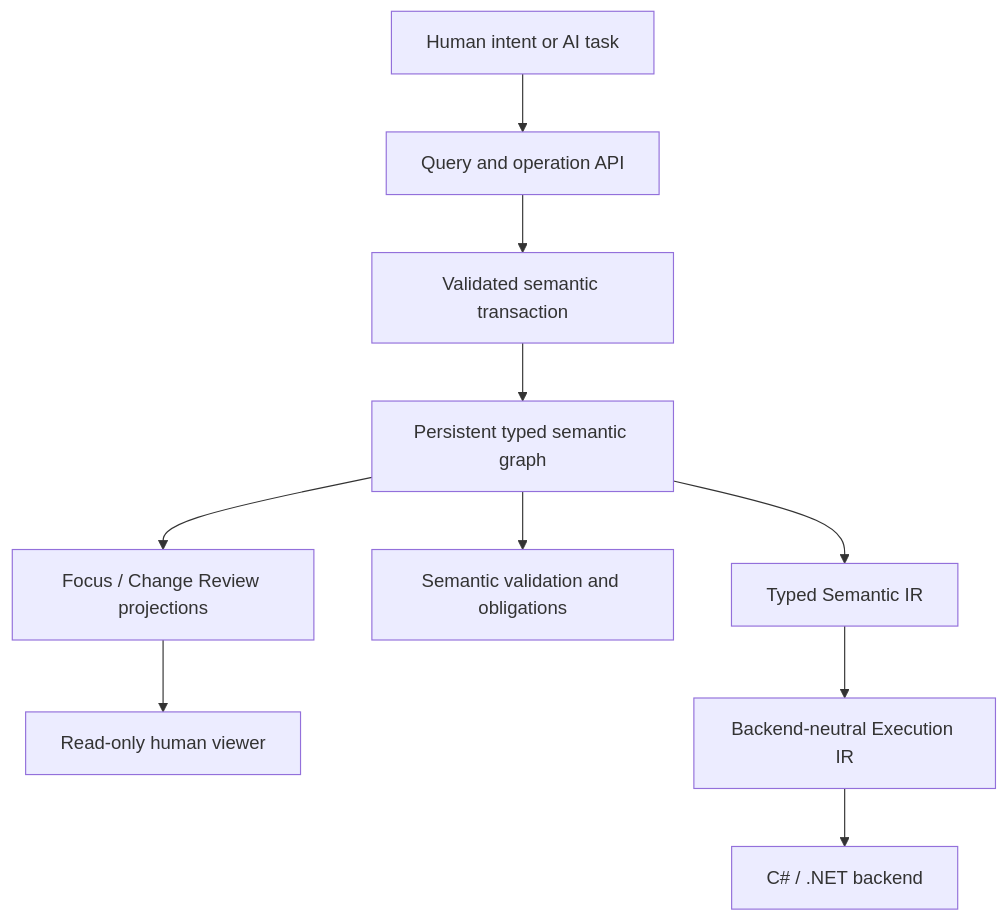
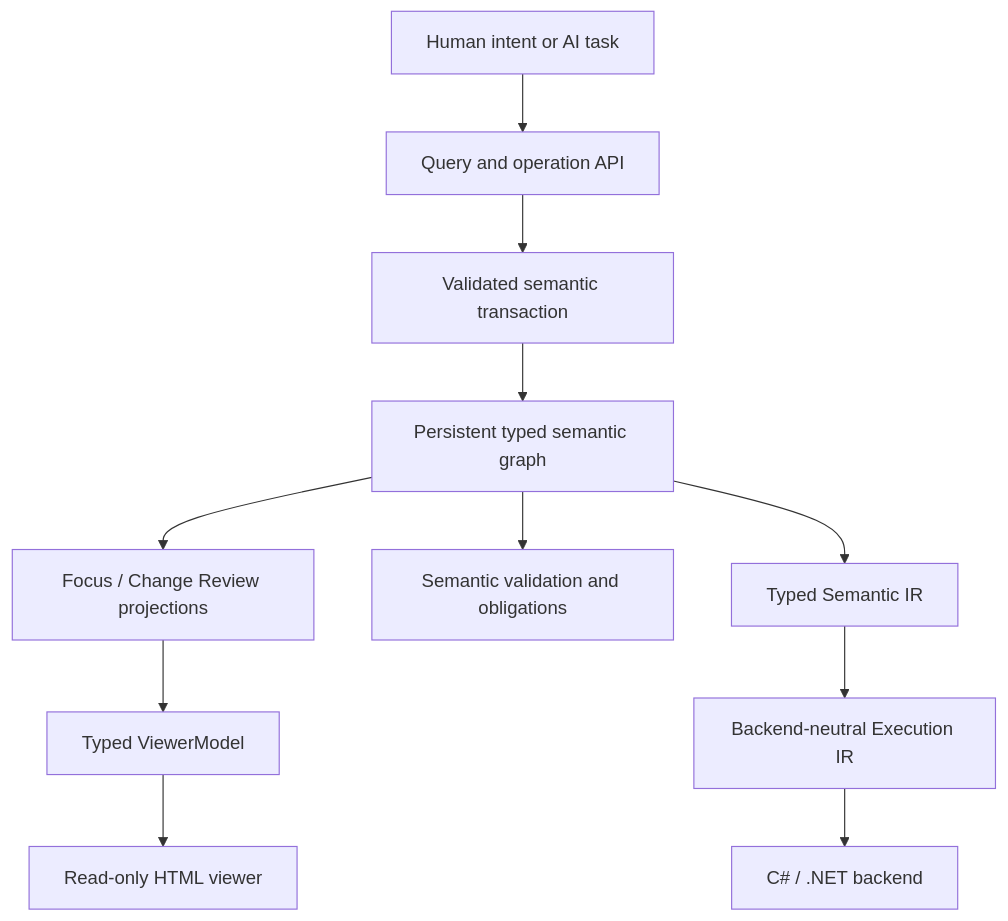
Before and after one commit to kw4r3n/nyrwvy: the diagram in README.md, drawn with Mermaid. The commit also changed other lines of this file and 7 other files, not shown here.

First line of the commit message:
feat(viewer): add verified read-only semantic viewer

````diff
--- a/README.md
+++ b/README.md
@@ -17,12 +17,13 @@
 ```mermaid
 flowchart TD
     A[Human intent or AI task] --> B[Query and operation API]
     B --> C[Validated semantic transaction]
     C --> D[Persistent typed semantic graph]
     D --> E[Focus / Change Review projections]
-    E --> F[Read-only human viewer]
-    D --> G[Semantic validation and obligations]
-    D --> H[Typed Semantic IR]
-    H --> I[Backend-neutral Execution IR]
-    I --> J[C# / .NET backend]
+    E --> F[Typed ViewerModel]
+    F --> G[Read-only HTML viewer]
+    D --> H[Semantic validation and obligations]
+    D --> I[Typed Semantic IR]
+    I --> J[Backend-neutral Execution IR]
+    J --> K[C# / .NET backend]
 ```
````
